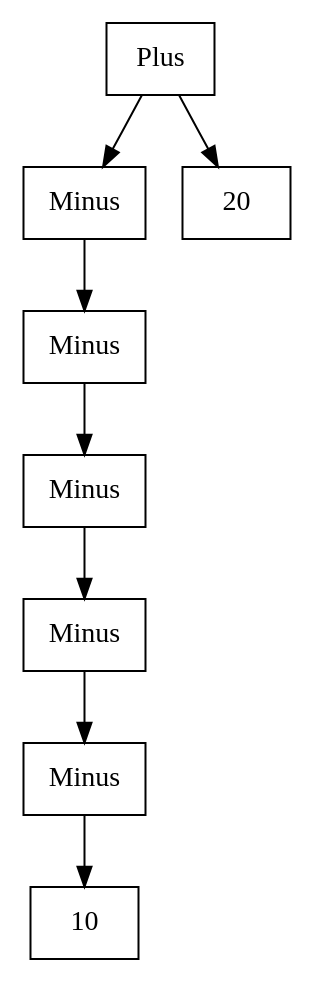
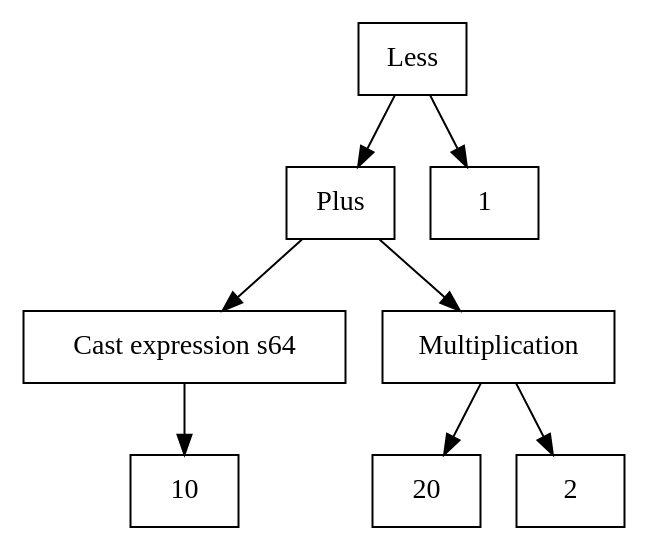
One commit to javier3448/AntLang changed the diagram in src/TestFiles/Graphviz/test.dot. Above: the diagram before and after it, drawn with Graphviz. The commit also changed 29 other files, not shown here.

```diff
--- a/src/TestFiles/Graphviz/test.dot
+++ b/src/TestFiles/Graphviz/test.dot
@@ -1,42 +1,42 @@
 digraph G {
 "expr0" [
+label = "Less",
+shape = "box",
+];
+"expr1" [
 label = "Plus",
 shape = "box",
 ];
-"expr1" [
-label = "Minus",
-shape = "box",
-];
 "expr2" [
-label = "Minus",
+label = "Cast expression s64",
 shape = "box",
 ];
 "expr3" [
-label = "Minus",
+label = "10",
 shape = "box",
 ];
+"expr2"->"expr3";
 "expr4" [
-label = "Minus",
+label = "Multiplication",
 shape = "box",
 ];
 "expr5" [
-label = "Minus",
+label = "20",
 shape = "box",
 ];
 "expr6" [
-label = "10",
+label = "2",
 shape = "box",
 ];
-"expr5"->"expr6";
 "expr4"->"expr5";
-"expr3"->"expr4";
-"expr2"->"expr3";
+"expr4"->"expr6";
 "expr1"->"expr2";
+"expr1"->"expr4";
 "expr7" [
-label = "20",
+label = "1",
 shape = "box",
 ];
 "expr0"->"expr1";
 "expr0"->"expr7";
 
 }
```
